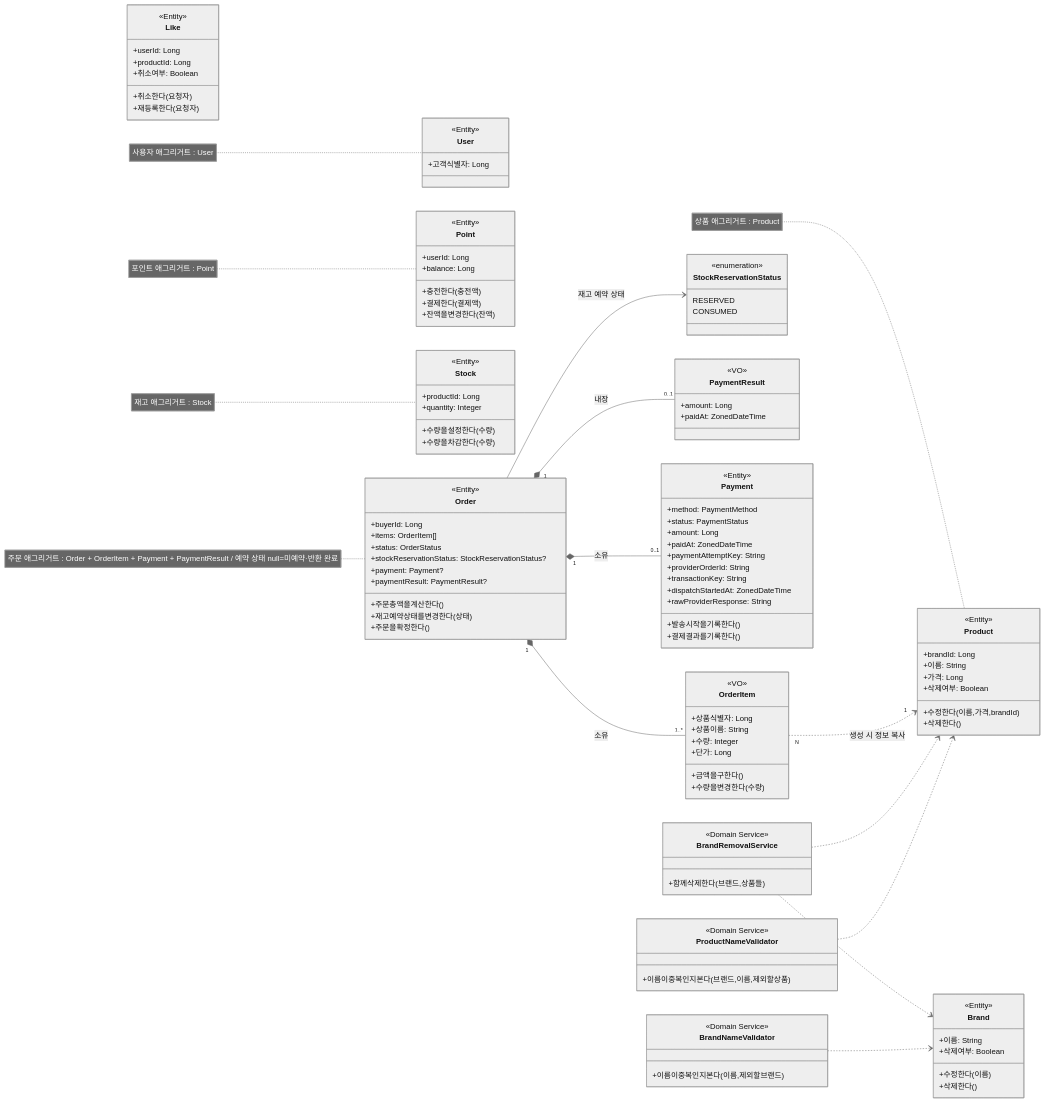
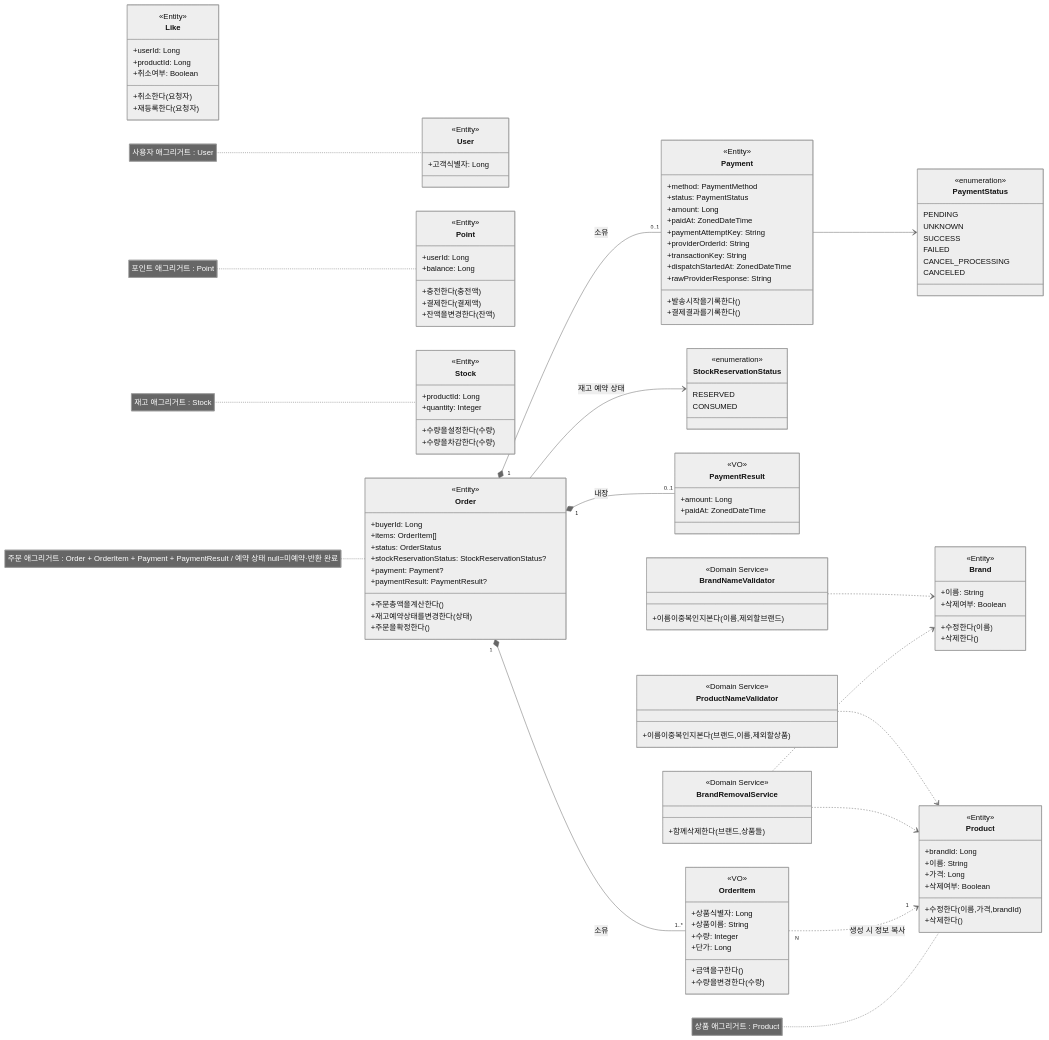
The diagram in docs/week2/domain-relations.md (jeongye01/loop-pack-be-l2-vol5-java), drawn with Mermaid (neutral theme) before and after one commit. The commit also changed 36 other files, not shown here.

```diff
--- a/docs/week2/domain-relations.md
+++ b/docs/week2/domain-relations.md
@@ -90,6 +90,16 @@
         +발송시작을기록한다()
         +결제결과를기록한다()
     }
+    class PaymentStatus {
+        <<enumeration>>
+        PENDING
+        UNKNOWN
+        SUCCESS
+        FAILED
+        CANCEL_PROCESSING
+        CANCELED
+    }
+    Payment --> PaymentStatus
 
     Order "1" *-- "1..*" OrderItem : 소유
     Order "1" *-- "0..1" Payment : 소유
```
